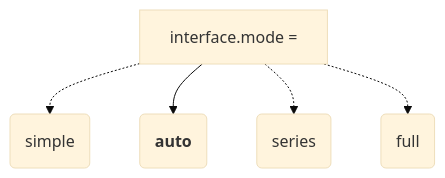
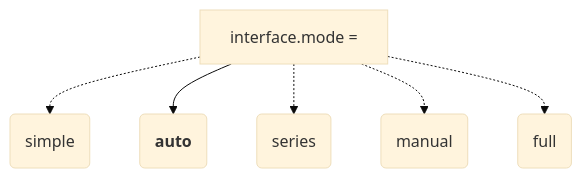
The first of 11 diagrams in pages/acq-irrad-tutorial.qmd (aphalo/r4p-blog), drawn with Mermaid (base theme) before and after one commit. The commit also changed other lines of this file and 1 other file, not shown here.

Commit message:
acq-irrad-tutorial add figure legends and edit

````diff
--- a/pages/acq-irrad-tutorial.qmd
+++ b/pages/acq-irrad-tutorial.qmd
@@ -132,9 +149,12 @@
 ```{mermaid}
+%%| label: fig-modes
+%%| fig-cap: Supported user-interface modes. The default, `"auto"`, is highlighted.
 %%{ init: {"graph": {"htmlLabels": true}} }%%
 %%| fig-align: center
 flowchart TB
   A[interface.mode = ] -.-> B("simple")
   A --> C(<b>auto</b>)
   A -.-> D("series")
-  A -.-> E("full")
+  A -.-> E("manual")
+  A -.-> F("full")
 ```
````
